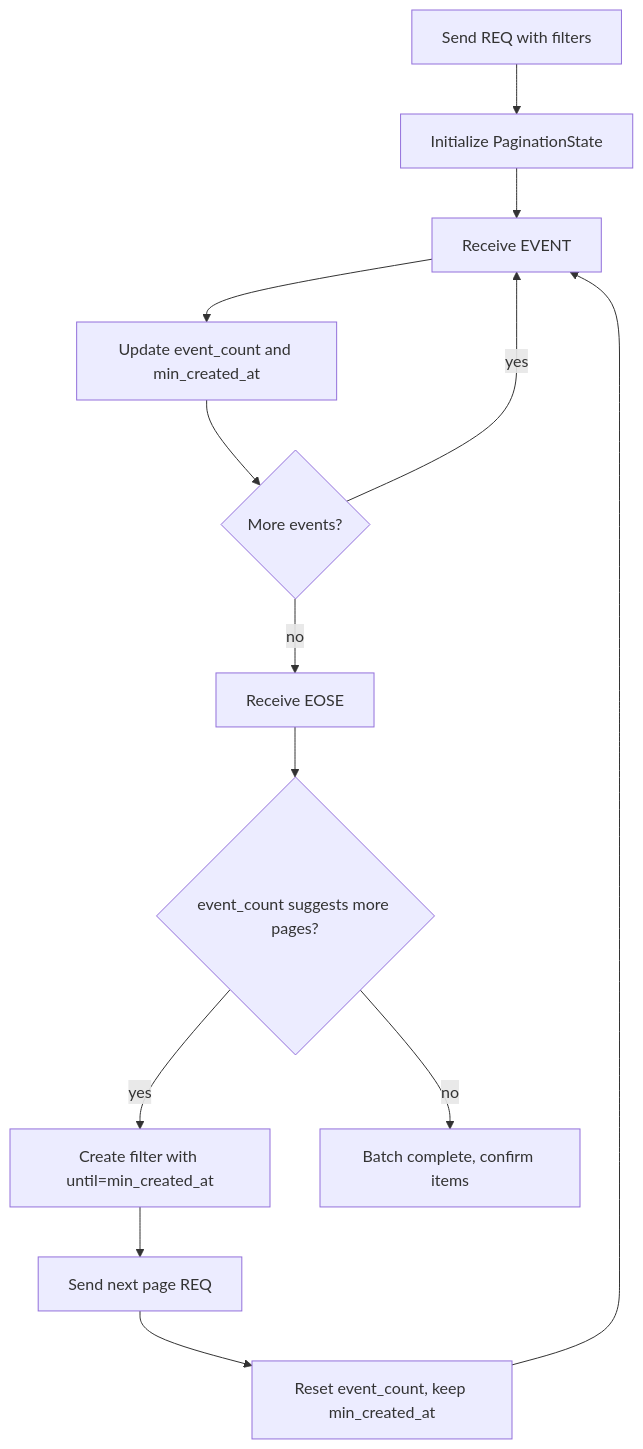
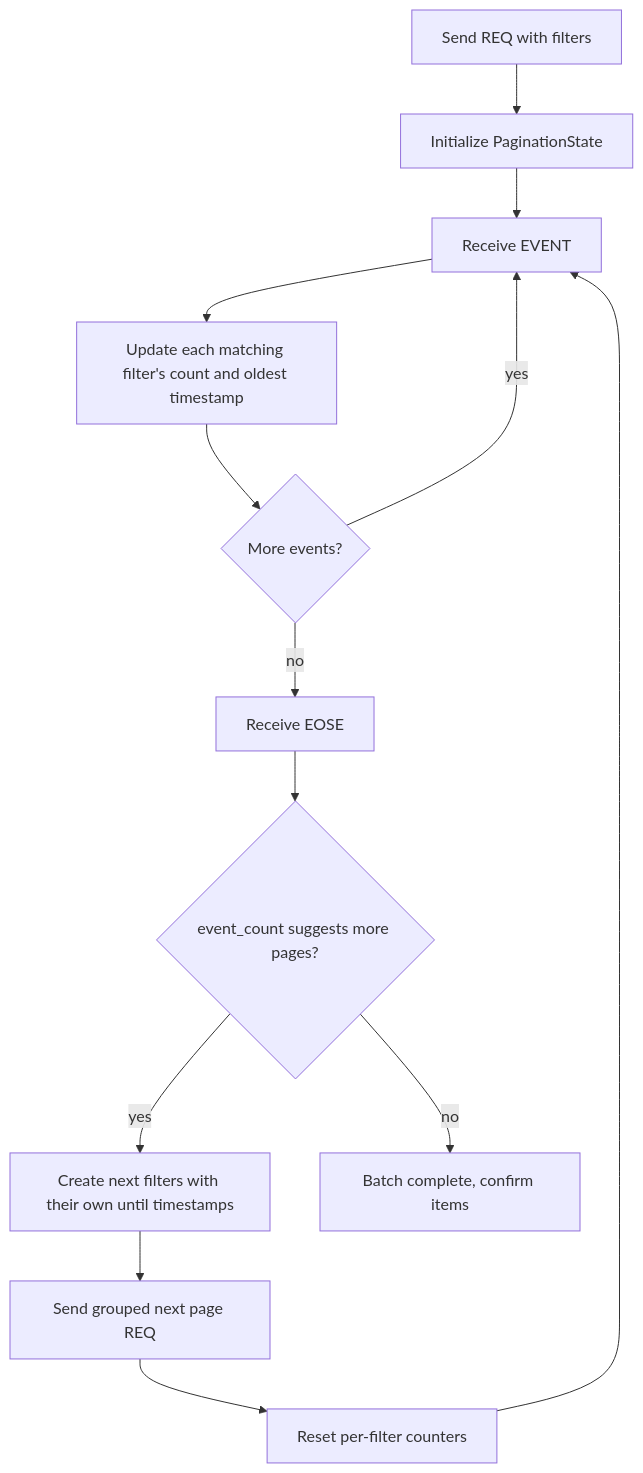
One commit to SovereignTechnology/grasp-p changed diagram 11 of 12 in docs/explanation/grasp-02-proactive-sync.md. Above: the diagram before and after it, drawn with Mermaid. The commit also changed other lines of this file and 4 other files, not shown here.

First line of the commit message:
fix(sync): batch proactive filters under relay REQ limits

````diff
--- a/docs/explanation/grasp-02-proactive-sync.md
+++ b/docs/explanation/grasp-02-proactive-sync.md
@@ -860,15 +892,15 @@
 ```mermaid
 flowchart TB
     REQ[Send REQ with filters] --> TRACK[Initialize PaginationState]
     TRACK --> EVENT[Receive EVENT]
-    EVENT --> UPDATE[Update event_count and min_created_at]
+    EVENT --> UPDATE[Update each matching filter's count and oldest timestamp]
     UPDATE --> MORE{More events?}
     MORE --> |yes| EVENT
     MORE --> |no| EOSE[Receive EOSE]
     EOSE --> CHECK{event_count suggests more pages?}
-    CHECK --> |yes| NEXT[Create filter with until=min_created_at]
-    NEXT --> REQ2[Send next page REQ]
-    REQ2 --> RESET[Reset event_count, keep min_created_at]
+    CHECK --> |yes| NEXT[Create next filters with their own until timestamps]
+    NEXT --> REQ2[Send grouped next page REQ]
+    REQ2 --> RESET[Reset per-filter counters]
     RESET --> EVENT
     CHECK --> |no| DONE[Batch complete, confirm items]
 ```
````
